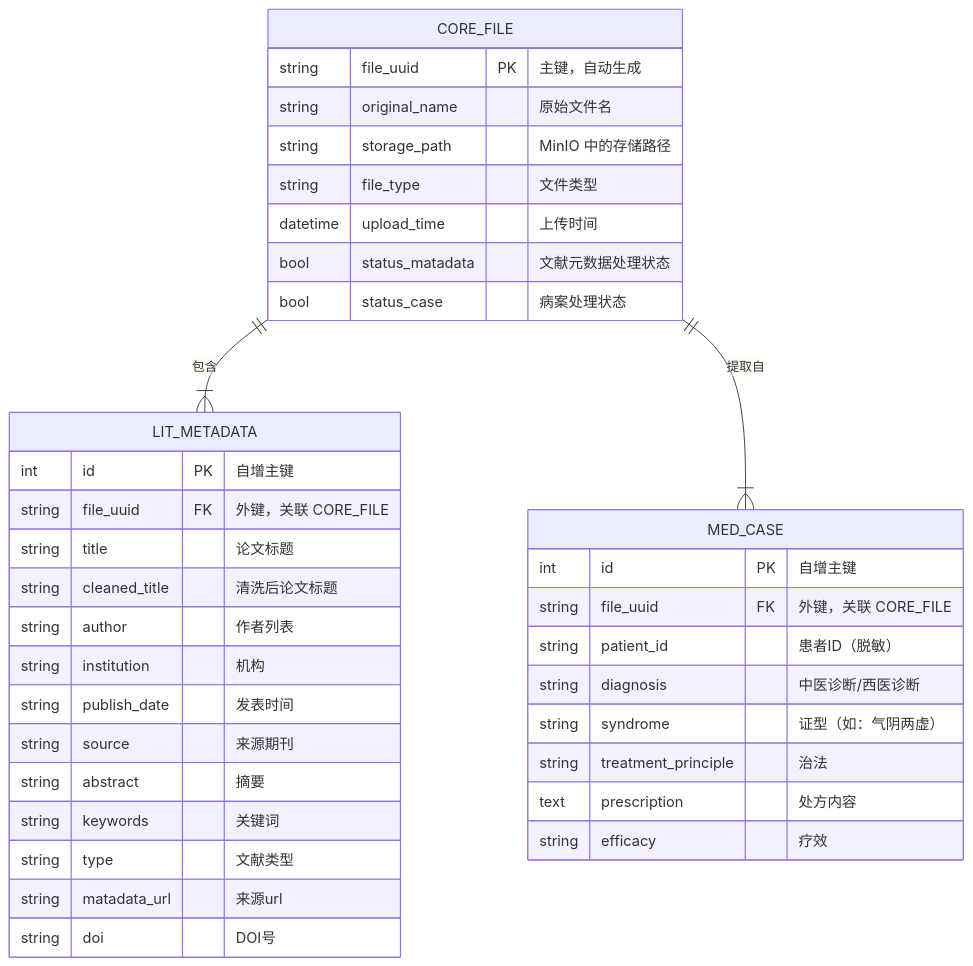
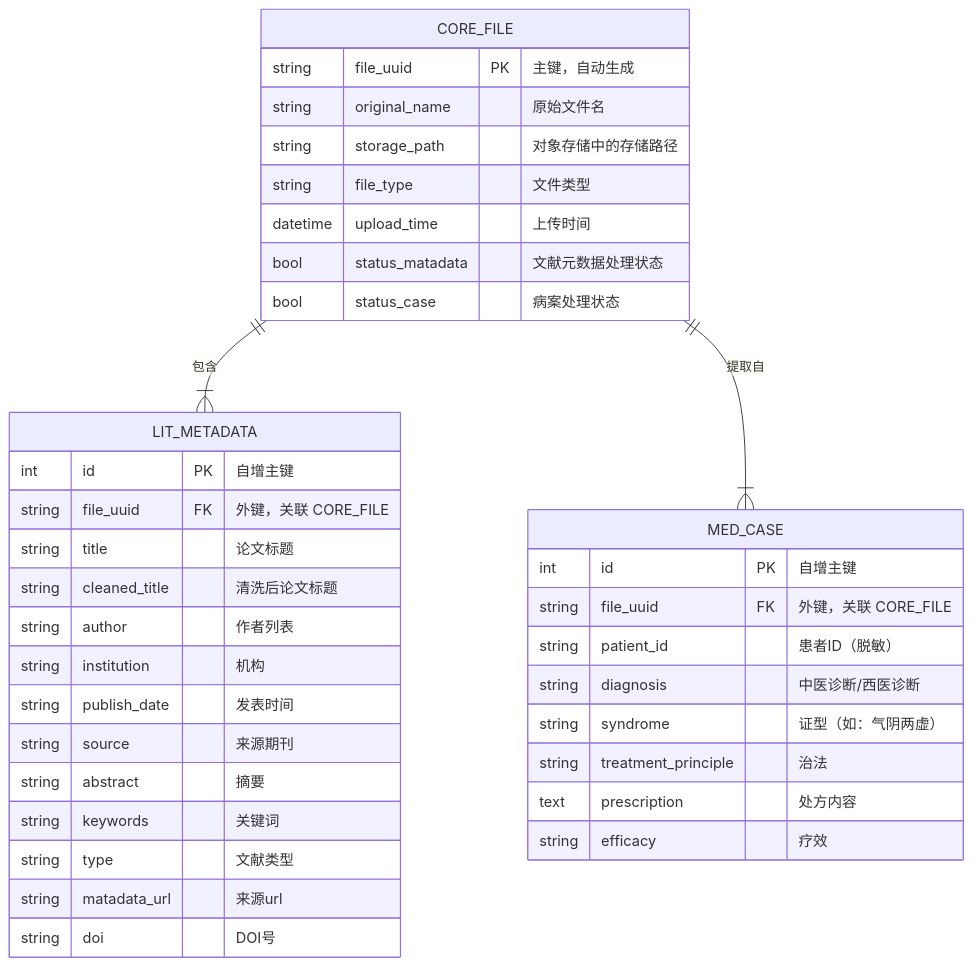
One commit to jiangbo1209/Tcm-agent changed the second of 2 diagrams in README.md. Above: the diagram before and after it, drawn with Mermaid. The commit also changed other lines of this file and 19 other files, not shown here.

````diff
--- a/README.md
+++ b/README.md
@@ -179,56 +179,56 @@
 ```mermaid
 erDiagram
 
-    %% 1. 文件核心表：MinIO 映射
-    CORE_FILE {
-        string file_uuid PK "主键，自动生成"
-        string original_name "原始文件名"
-        string storage_path "MinIO 中的存储路径"
+    %% 1. 文件核心表：对象存储路径映射
+    CORE_FILE {
+        string file_uuid PK "主键，自动生成"
+        string original_name "原始文件名"
+        string storage_path "对象存储中的存储路径"
         string file_type "文件类型"
         datetime upload_time "上传时间"
         bool status_matadata "文献元数据处理状态"
         bool status_case "病案处理状态"
     }
 
     %% 2. 文献元数据表：爬虫数据
 
     LIT_METADATA {
         int id PK "自增主键"
         string file_uuid FK "外键，关联 CORE_FILE"
         string title "论文标题"
         string cleaned_title "清洗后论文标题"
         string author "作者列表"
         string institution "机构"
         string publish_date "发表时间"
         string source "来源期刊"
         string abstract "摘要"
         string keywords "关键词"
         string type "文献类型"
         string matadata_url "来源url"
         string doi "DOI号"
 
     }
 
   
 
     %% 3. 病例记录表：大模型提取的核心数据
 
     MED_CASE {
         int id PK "自增主键"
         string file_uuid FK "外键，关联 CORE_FILE"
         string patient_id "患者ID（脱敏）"
         string diagnosis "中医诊断/西医诊断"
         string syndrome "证型（如：气阴两虚）"
         string treatment_principle "治法"
         text prescription "处方内容"
         string efficacy "疗效"
 
     }
 
     
     
     %% 关系定义
     CORE_FILE ||--|{ LIT_METADATA : "包含"
     CORE_FILE ||--|{ MED_CASE : "提取自"
 
 ```
````
